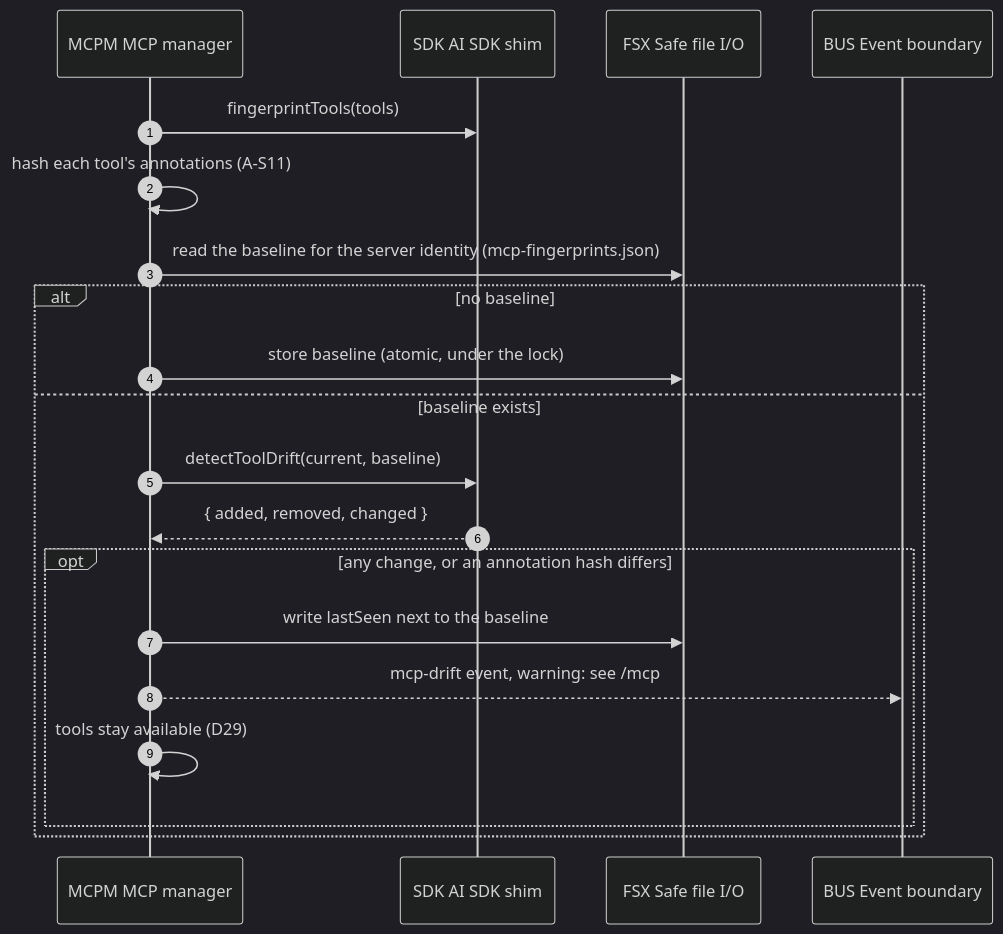
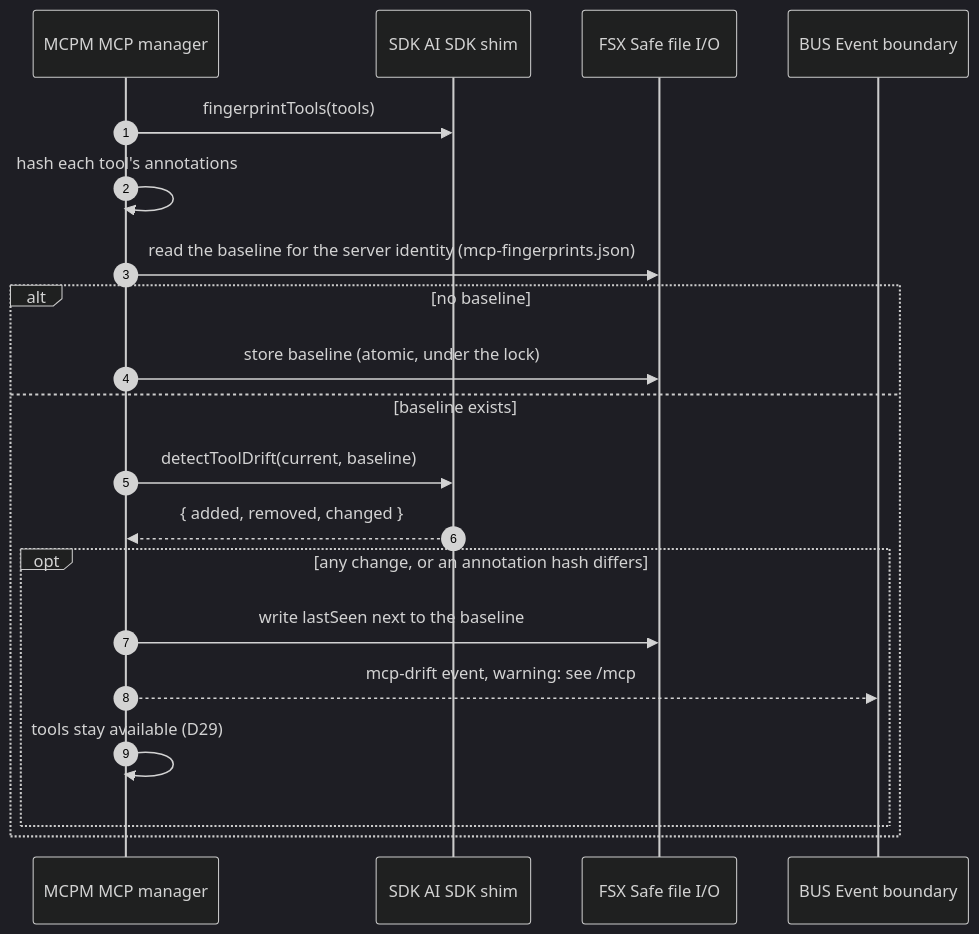
Before and after one commit to Dakshnagpal/antai-agent: diagram 37 of 46 in docs/Deliverables/03_sequence_diagrams.md, drawn with Mermaid (dark theme). The commit also changed other lines of this file and 18 other files, not shown here.

````diff
--- a/docs/Deliverables/03_sequence_diagrams.md
+++ b/docs/Deliverables/03_sequence_diagrams.md
@@ -1867,22 +1875,22 @@
 ```mermaid
 sequenceDiagram
     autonumber
     participant MCPM as MCPM MCP manager
     participant SDK as SDK AI SDK shim
     participant FSX as FSX Safe file I/O
     participant BUS as BUS Event boundary
     MCPM->>SDK: fingerprintTools(tools)
-    MCPM->>MCPM: hash each tool's annotations (A-S11)
+    MCPM->>MCPM: hash each tool's annotations
     MCPM->>FSX: read the baseline for the server identity (mcp-fingerprints.json)
     alt no baseline
         MCPM->>FSX: store baseline (atomic, under the lock)
     else baseline exists
         MCPM->>SDK: detectToolDrift(current, baseline)
         SDK-->>MCPM: { added, removed, changed }
         opt any change, or an annotation hash differs
             MCPM->>FSX: write lastSeen next to the baseline
             MCPM-->>BUS: mcp-drift event, warning: see /mcp
             MCPM->>MCPM: tools stay available (D29)
         end
     end
 ```
````
